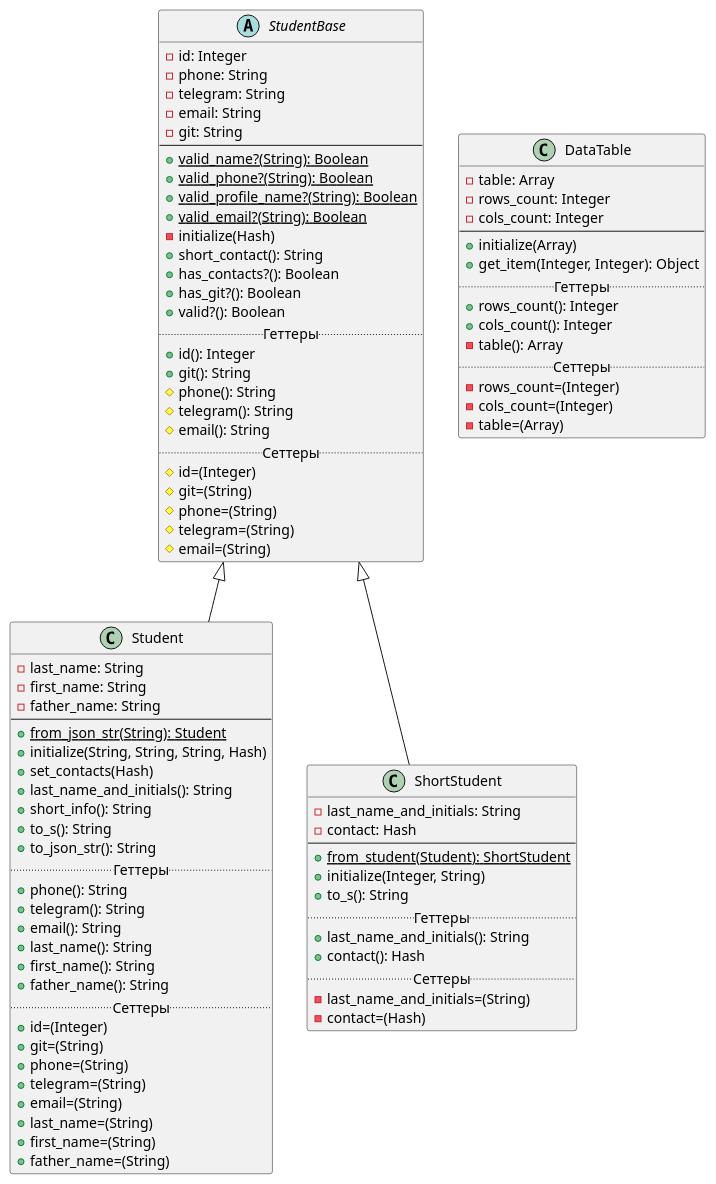
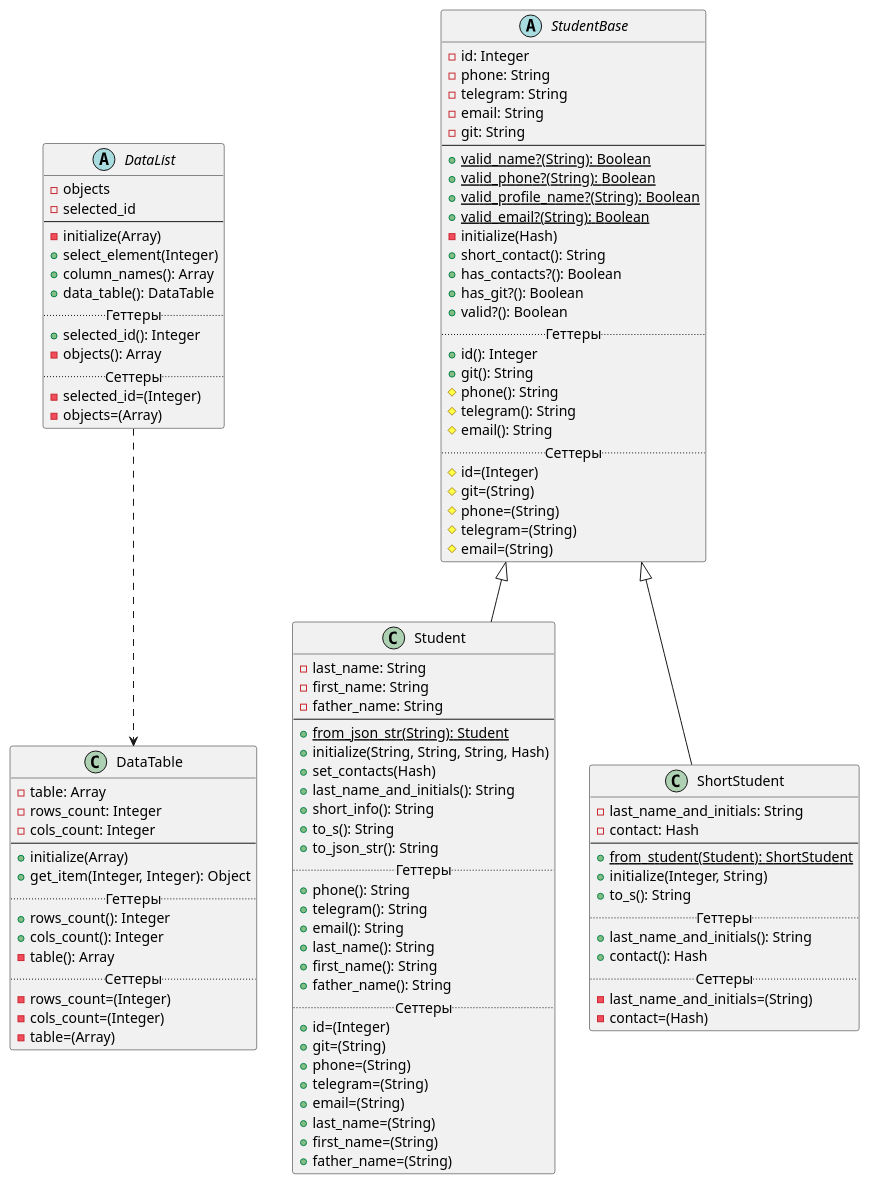
The diagram in Diagrams/lab2.puml (r1411/PatternsLabs), drawn with PlantUML before and after one commit. The commit also changed 2 other files, not shown here.

Commit message:
Класс DataList (Лаб 2, Задание 3.3, 3.4)

```diff
--- a/Diagrams/lab2.puml
+++ b/Diagrams/lab2.puml
@@ -1,96 +1,114 @@
 @startuml
 'https://plantuml.com/class-diagram
+
+DataList ..> DataTable
 
 abstract class StudentBase {
     -id: Integer
     -phone: String
     -telegram: String
     -email: String
     -git: String
     --
     +{static}valid_name?(String): Boolean
     +{static}valid_phone?(String): Boolean
     +{static}valid_profile_name?(String): Boolean
     +{static}valid_email?(String): Boolean
     -initialize(Hash)
     +short_contact(): String
     +has_contacts?(): Boolean
     +has_git?(): Boolean
     +valid?(): Boolean
     .. Геттеры ..
     +id(): Integer
     +git(): String
     #phone(): String
     #telegram(): String
     #email(): String
     .. Сеттеры ..
     #id=(Integer)
     #git=(String)
     #phone=(String)
     #telegram=(String)
     #email=(String)
 }
 
 class Student extends StudentBase {
     -last_name: String
     -first_name: String
     -father_name: String
     --
     +{static}from_json_str(String): Student
     +initialize(String, String, String, Hash)
     +set_contacts(Hash)
     +last_name_and_initials(): String
     +short_info(): String
     +to_s(): String
     +to_json_str(): String
     .. Геттеры ..
     +phone(): String
     +telegram(): String
     +email(): String
     +last_name(): String
     +first_name(): String
     +father_name(): String
     .. Сеттеры ..
     +id=(Integer)
     +git=(String)
     +phone=(String)
     +telegram=(String)
     +email=(String)
     +last_name=(String)
     +first_name=(String)
     +father_name=(String)
 }
 
 class ShortStudent extends StudentBase {
     -last_name_and_initials: String
     -contact: Hash
     --
     +{static}from_student(Student): ShortStudent
     +initialize(Integer, String)
     +to_s(): String
     .. Геттеры ..
     +last_name_and_initials(): String
     +contact(): Hash
     .. Сеттеры ..
     -last_name_and_initials=(String)
     -contact=(Hash)
 }
 
 class DataTable {
     -table: Array
     -rows_count: Integer
     -cols_count: Integer
     --
     +initialize(Array)
     +get_item(Integer, Integer): Object
     .. Геттеры ..
     +rows_count(): Integer
     +cols_count(): Integer
     -table(): Array
     .. Сеттеры ..
     -rows_count=(Integer)
     -cols_count=(Integer)
     -table=(Array)
 }
 
+abstract class DataList {
+    -objects
+    -selected_id
+    --
+    -initialize(Array)
+    +select_element(Integer)
+    +column_names(): Array
+    +data_table(): DataTable
+    .. Геттеры ..
+    +selected_id(): Integer
+    -objects(): Array
+    .. Сеттеры ..
+    -selected_id=(Integer)
+    -objects=(Array)
+}
+
 @enduml
```
